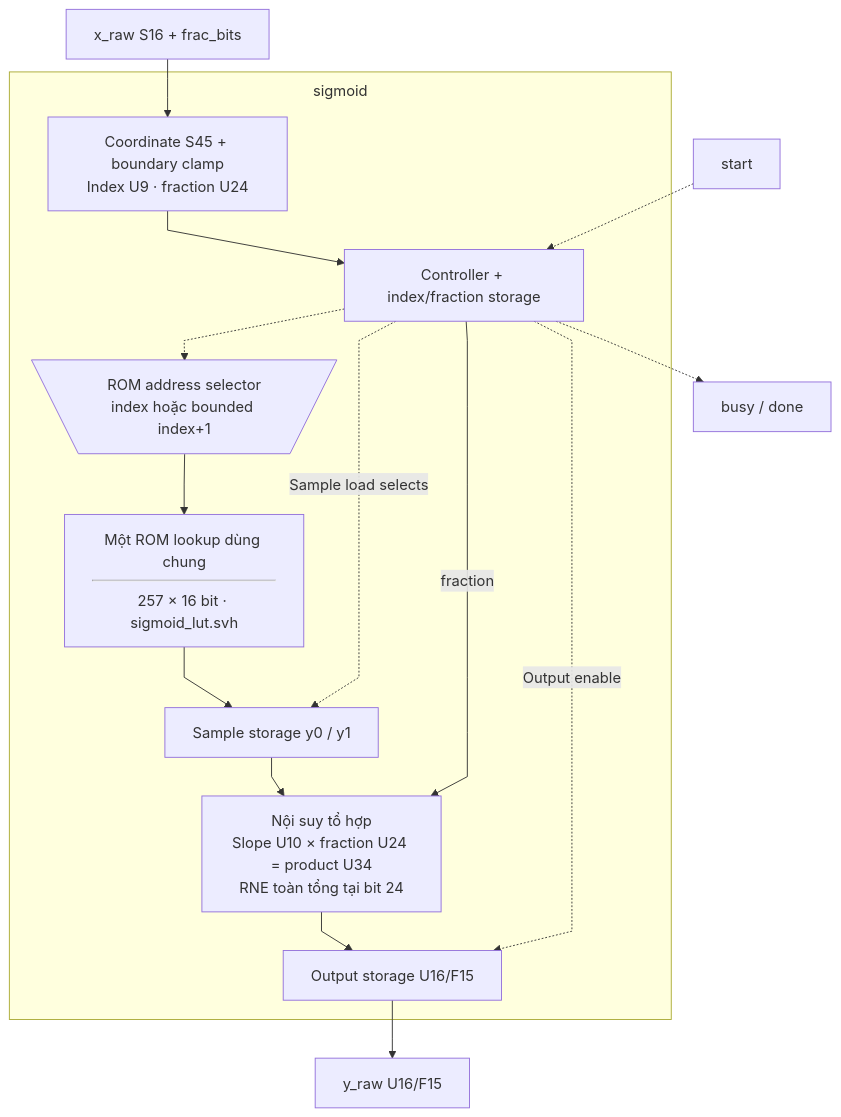
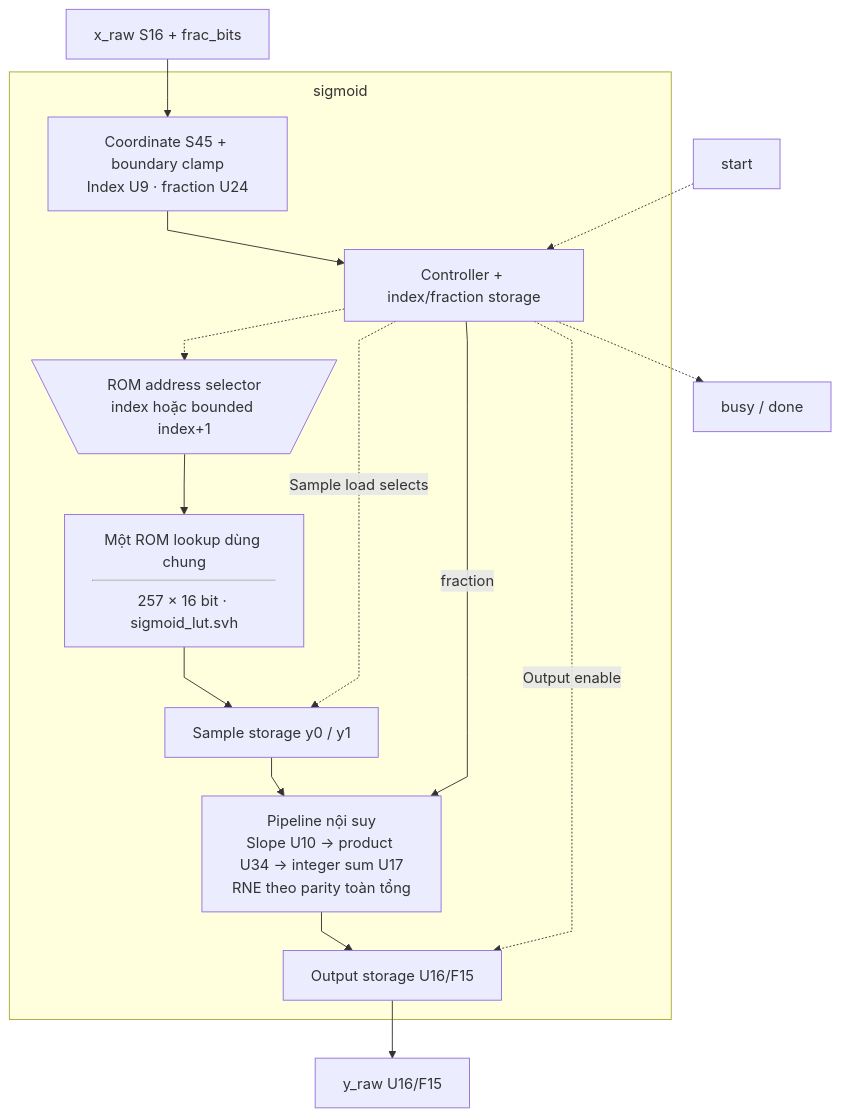
The first of 2 diagrams in docs/source_guide/blocks/sigmoid.sv.md (nguyennhutkhanhtom/NPU), drawn with Mermaid before and after one commit. The commit also changed other lines of this file and 441 other files, not shown here.

````diff
--- a/docs/source_guide/blocks/sigmoid.sv.md
+++ b/docs/source_guide/blocks/sigmoid.sv.md
@@ -15,27 +15,27 @@
 ```mermaid
 flowchart TB
 %%{init: {"flowchart": {"subGraphTitleMargin": {"top": 8, "bottom": 20}, "nodeSpacing": 28, "rankSpacing": 42, "curve": "linear"}}}%%
     X["x_raw S16 + frac_bits"]
     subgraph SIG["sigmoid"]
         COORD["Coordinate S45 + boundary clamp<br/>Index U9 · fraction U24"]
         CTRL["Controller + index/fraction storage"]
         ADDR@{ shape: trap-t, label: "ROM address selector<br/>index hoặc bounded index+1" }
         ROM@{ shape: rect, label: "Một ROM lookup dùng chung<hr/>257 × 16 bit · sigmoid_lut.svh" }
         SAMPLES["Sample storage y0 / y1"]
-        INTERP["Nội suy tổ hợp<br/>Slope U10 × fraction U24 = product U34<br/>RNE toàn tổng tại bit 24"]
+        INTERP["Pipeline nội suy<br/>Slope U10 → product U34 → integer sum U17<br/>RNE theo parity toàn tổng"]
         OUT["Output storage U16/F15"]
     end
     X --> COORD
     COORD --> CTRL
     START["start"] -.-> CTRL
     CTRL -.-> ADDR
     ADDR --> ROM
     ROM --> SAMPLES
     CTRL -.->|"Sample load selects"| SAMPLES
     SAMPLES --> INTERP
     CTRL -->|"fraction"| INTERP
     INTERP --> OUT
     CTRL -.->|"Output enable"| OUT
     OUT --> Y["y_raw U16/F15"]
     CTRL -.-> STATUS["busy / done"]
 ```
````
